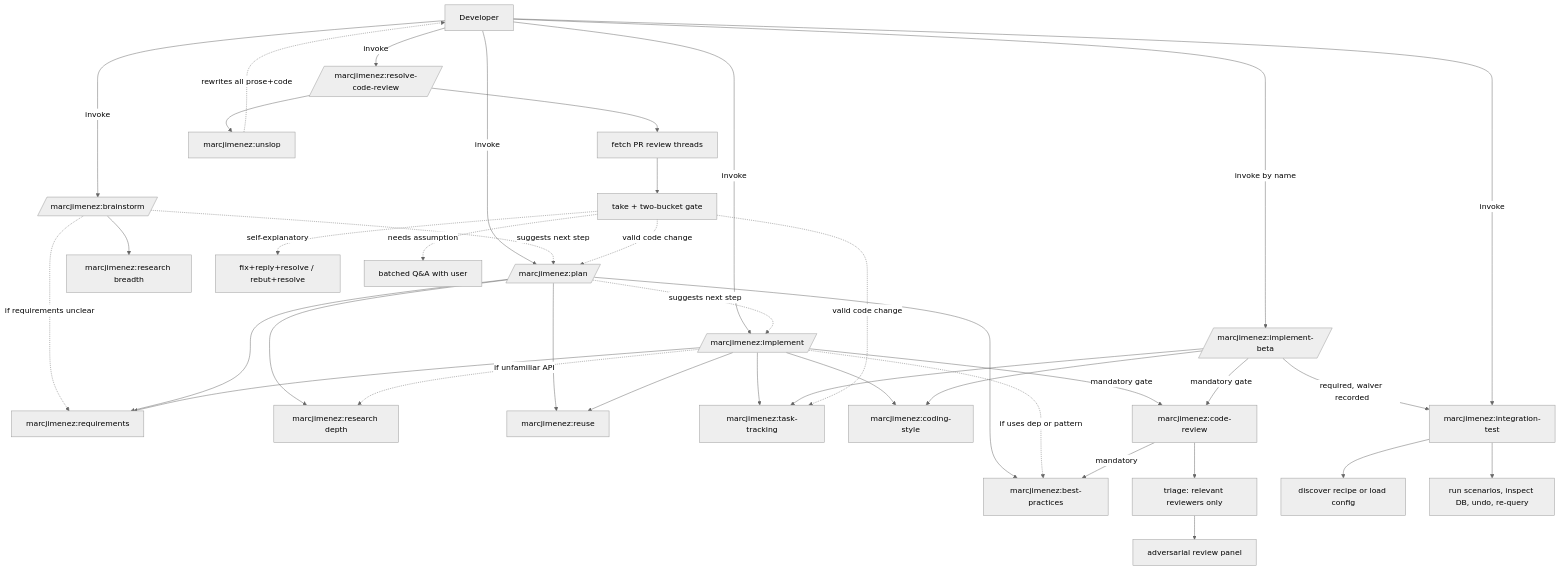
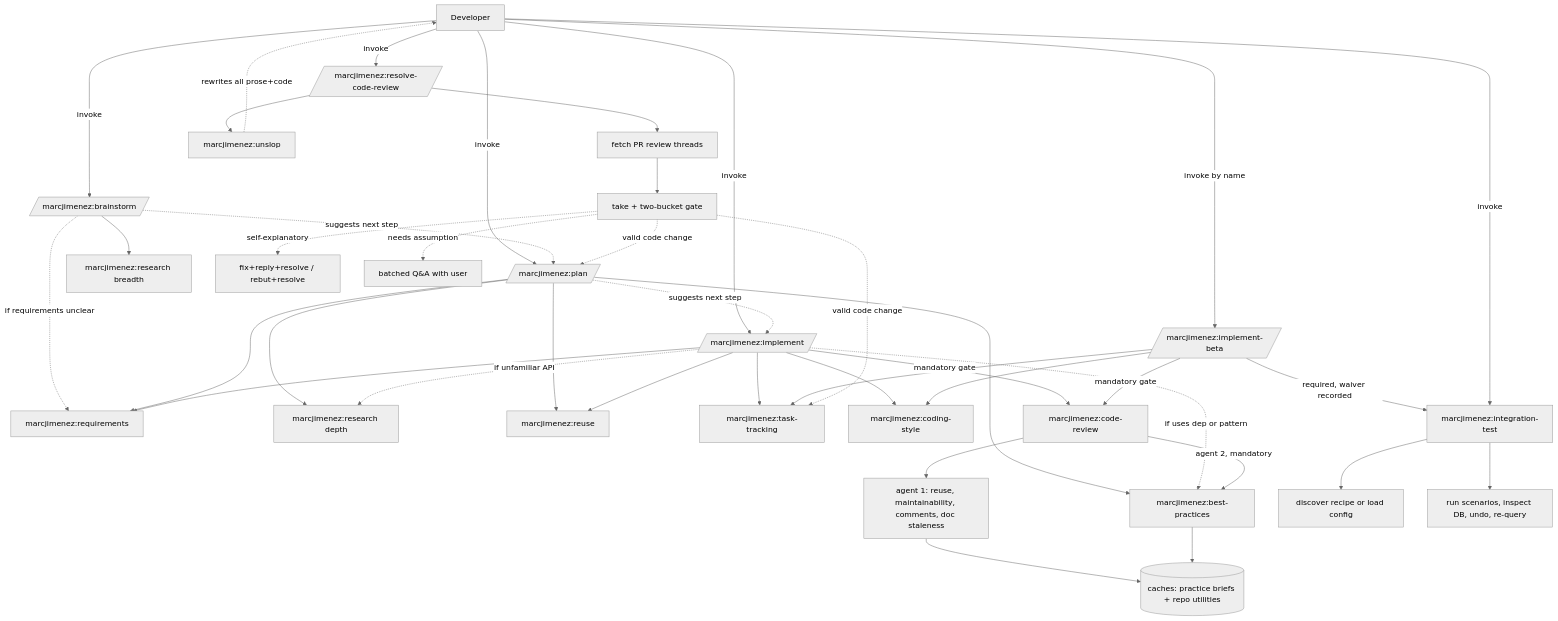
The diagram in README.md (marcjimenez/skills), drawn with Mermaid (neutral theme) before and after one commit. The commit also changed other lines of this file and 14 other files, not shown here.

````diff
--- a/README.md
+++ b/README.md
@@ -54,41 +54,42 @@
 ```mermaid
 flowchart TD
     U[Developer] -->|invoke| BR[/marcjimenez:brainstorm/]
     U -->|invoke| PL[/marcjimenez:plan/]
     U -->|invoke| IM[/marcjimenez:implement/]
     BR --> RS[marcjimenez:research breadth]
     BR -.if requirements unclear.-> RQ
     BR -.suggests next step.-> PL
     PL --> RQ[marcjimenez:requirements]
     PL --> RSD[marcjimenez:research depth]
     PL --> RU[marcjimenez:reuse]
     PL --> BP[marcjimenez:best-practices]
     PL -.suggests next step.-> IM
     IM --> RQ
     IM --> TT[marcjimenez:task-tracking]
     IM --> RU
     IM --> CS[marcjimenez:coding-style]
     IM -.if unfamiliar API.-> RSD
     IM -.if uses dep or pattern.-> BP
     IM -->|mandatory gate| CR[marcjimenez:code-review]
-    CR --> TRI[triage: relevant reviewers only]
-    CR -->|mandatory| BP
-    TRI --> REV[adversarial review panel]
+    CR --> UA[agent 1: reuse, maintainability, comments, doc staleness]
+    CR -->|agent 2, mandatory| BP
+    UA --> CA[(caches: practice briefs + repo utilities)]
+    BP --> CA
     U -->|invoke by name| IMB[/marcjimenez:implement-beta/]
     IMB --> TT
     IMB --> CS
     IMB -->|required, waiver recorded| IT[marcjimenez:integration-test]
     IT --> ITD[discover recipe or load config]
     IT --> ITR[run scenarios, inspect DB, undo, re-query]
     IMB -->|mandatory gate| CR
     U -->|invoke| IT
     U -->|invoke| RCR[/marcjimenez:resolve-code-review/]
     RCR --> RCRF[fetch PR review threads]
     RCRF --> RCRT[take + two-bucket gate]
     RCRT -.self-explanatory.-> RCRA[fix+reply+resolve / rebut+resolve]
     RCRT -.needs assumption.-> RCRQ[batched Q&A with user]
     RCRT -.valid code change.-> TT
     RCR --> US[marcjimenez:unslop]
     RCRT -.valid code change.-> PL
     US -.rewrites all prose+code.-> U
 ```
````
